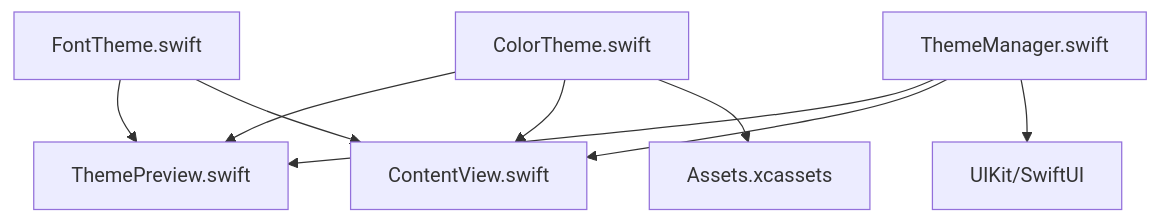
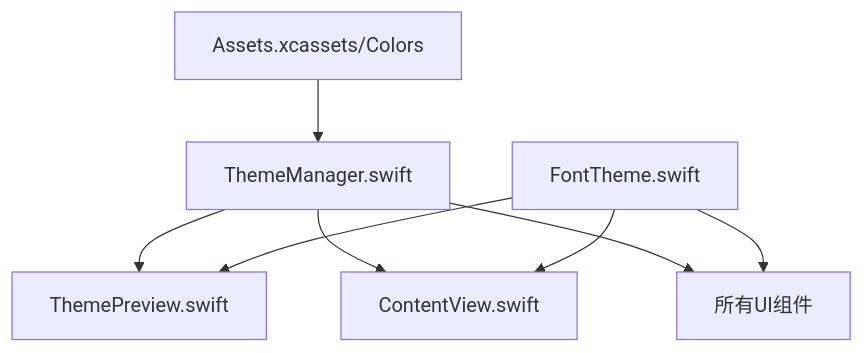
Before and after one commit to HS-Jack-YZY/SmartPlanner: the first of 5 diagrams in ProjectStructure.md, drawn with Mermaid. The commit also changed other lines of this file and 4 other files, not shown here.

````diff
--- a/ProjectStructure.md
+++ b/ProjectStructure.md
@@ -276,11 +275,10 @@
 ```mermaid
 graph TD
-    A[ColorTheme.swift] --> B[ThemePreview.swift]
-    C[FontTheme.swift] --> B
-    D[ThemeManager.swift] --> B
-    A --> E[ContentView.swift]
-    C --> E
-    D --> E
-    D --> F[UIKit/SwiftUI]
-    A --> G[Assets.xcassets]
+    A[ThemeManager.swift] --> B[ThemePreview.swift]
+    A --> C[ContentView.swift]
+    A --> D[所有UI组件]
+    E[Assets.xcassets/Colors] --> A
+    F[FontTheme.swift] --> B
+    F --> C
+    F --> D
 ```
````
